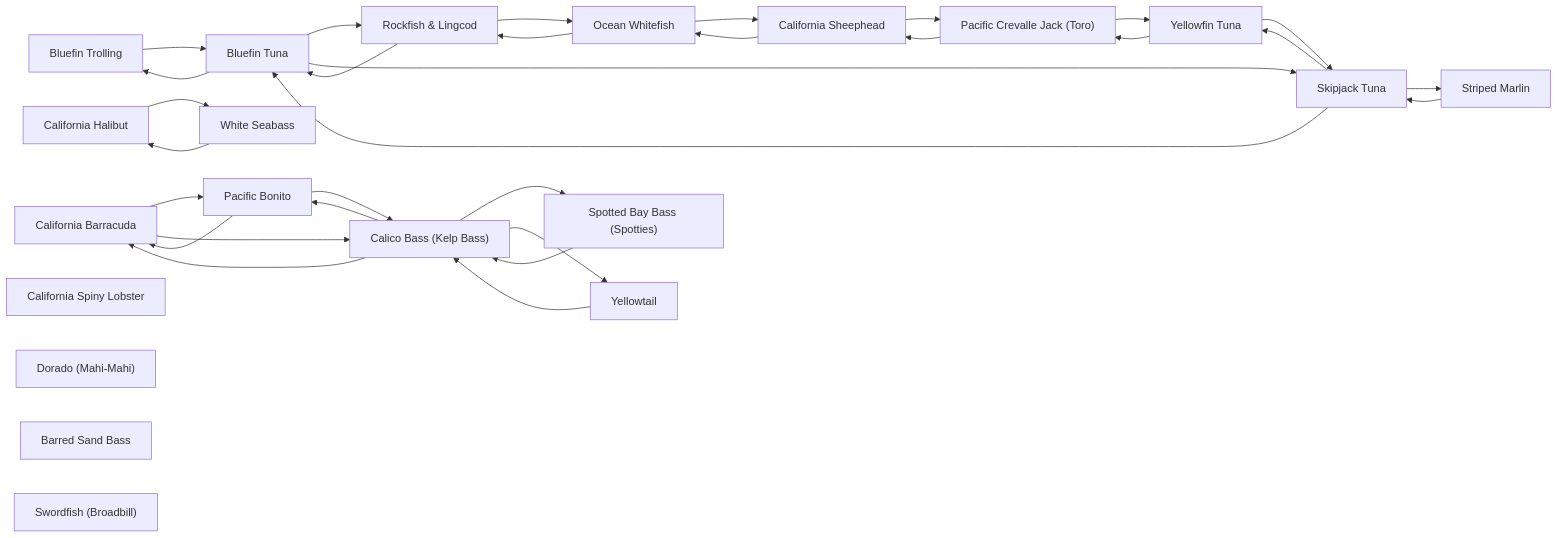
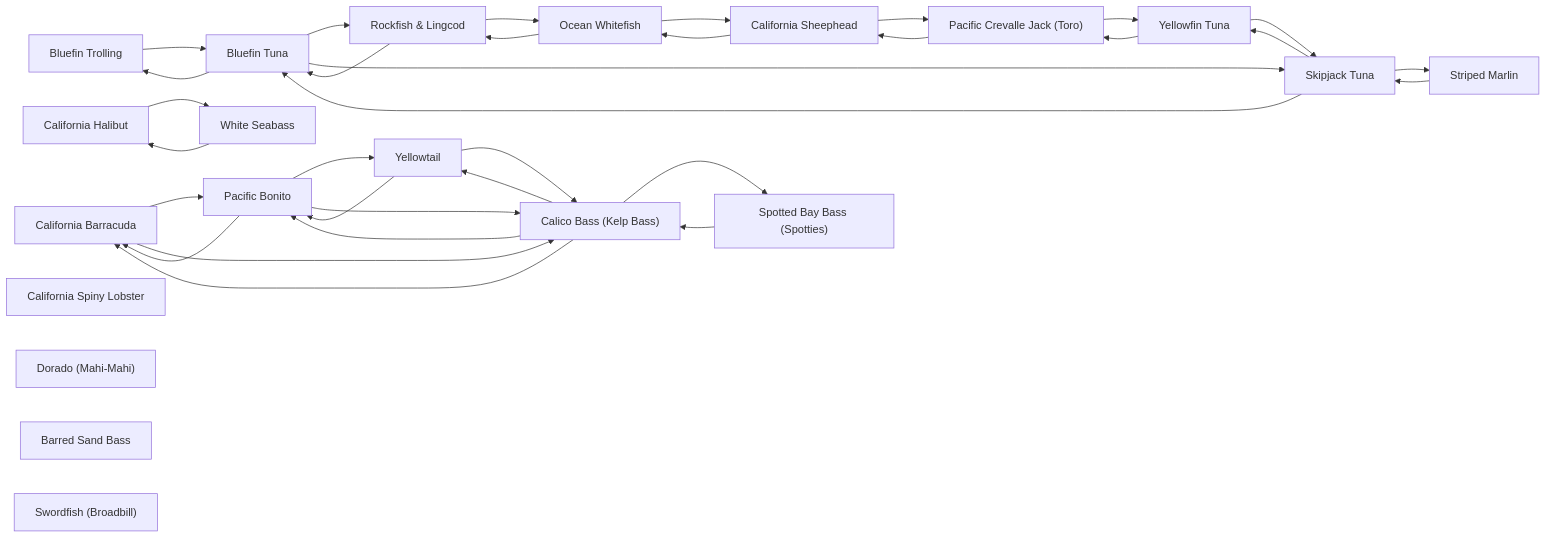
One commit to camchuckpete-max/Socal-Fishing-Knowledge changed the diagram in species/README.md. Above: the diagram before and after it, drawn with Mermaid. The commit also changed 4 other files, not shown here.

````diff
--- a/species/README.md
+++ b/species/README.md
@@ -33,53 +33,55 @@
 ```mermaid
 graph LR
   n0["California Barracuda"]
   n1["Bluefin Trolling"]
   n2["Bluefin Tuna"]
   n3["Pacific Bonito"]
   n4["Calico Bass (Kelp Bass)"]
   n5["California Halibut"]
   n6["California Spiny Lobster"]
   n7["Dorado (Mahi-Mahi)"]
   n8["Ocean Whitefish"]
   n9["Pacific Crevalle Jack (Toro)"]
   n10["Rockfish & Lingcod"]
   n11["Barred Sand Bass"]
   n12["California Sheephead"]
   n13["Skipjack Tuna"]
   n14["Spotted Bay Bass (Spotties)"]
   n15["Striped Marlin"]
   n16["Swordfish (Broadbill)"]
   n17["White Seabass"]
   n18["Yellowfin Tuna"]
   n19["Yellowtail"]
   n0 --> n3
   n0 --> n4
   n1 --> n2
   n10 --> n2
   n10 --> n8
   n12 --> n8
   n12 --> n9
   n13 --> n15
   n13 --> n18
   n13 --> n2
   n14 --> n4
   n15 --> n13
   n17 --> n5
   n18 --> n13
   n18 --> n9
+  n19 --> n3
   n19 --> n4
   n2 --> n1
   n2 --> n10
   n2 --> n13
   n3 --> n0
+  n3 --> n19
   n3 --> n4
   n4 --> n0
   n4 --> n14
   n4 --> n19
   n4 --> n3
   n5 --> n17
   n8 --> n10
   n8 --> n12
   n9 --> n12
   n9 --> n18
 ```
````
